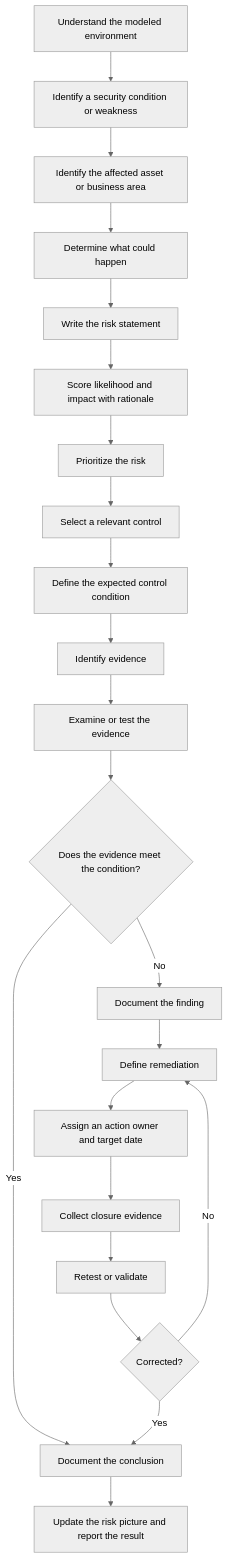
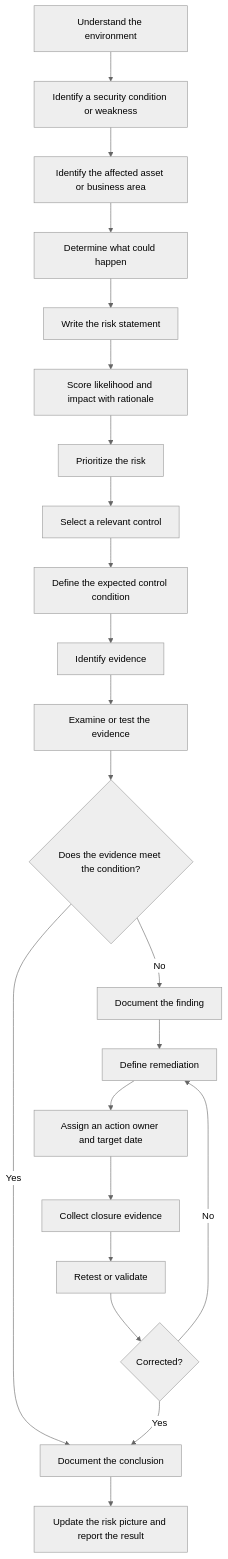
The diagram in README.md (mcoza/Federal-Zero-Trust-GRC-Portfolio), drawn with Mermaid (neutral theme) before and after one commit. The commit also changed other lines of this file, not shown here.

````diff
--- a/README.md
+++ b/README.md
@@ -25,24 +25,24 @@
 ```mermaid
 flowchart TD
-    A[Understand the modeled environment] --> B[Identify a security condition or weakness]
+    A[Understand the environment] --> B[Identify a security condition or weakness]
     B --> C[Identify the affected asset or business area]
     C --> D[Determine what could happen]
     D --> E[Write the risk statement]
     E --> F[Score likelihood and impact with rationale]
     F --> G[Prioritize the risk]
     G --> H[Select a relevant control]
     H --> I[Define the expected control condition]
     I --> J[Identify evidence]
     J --> K[Examine or test the evidence]
     K --> L{Does the evidence meet the condition?}
     L -->|Yes| M[Document the conclusion]
     L -->|No| N[Document the finding]
     N --> O[Define remediation]
     O --> P[Assign an action owner and target date]
     P --> Q[Collect closure evidence]
     Q --> R[Retest or validate]
     R --> S{Corrected?}
     S -->|Yes| M
     S -->|No| O
     M --> T[Update the risk picture and report the result]
 ```
````
